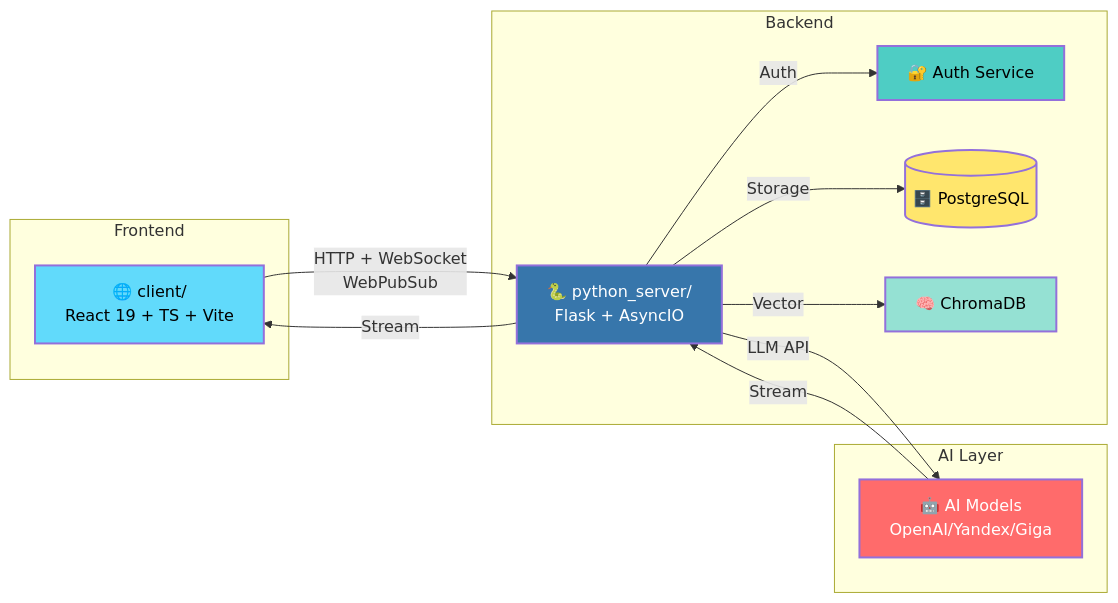
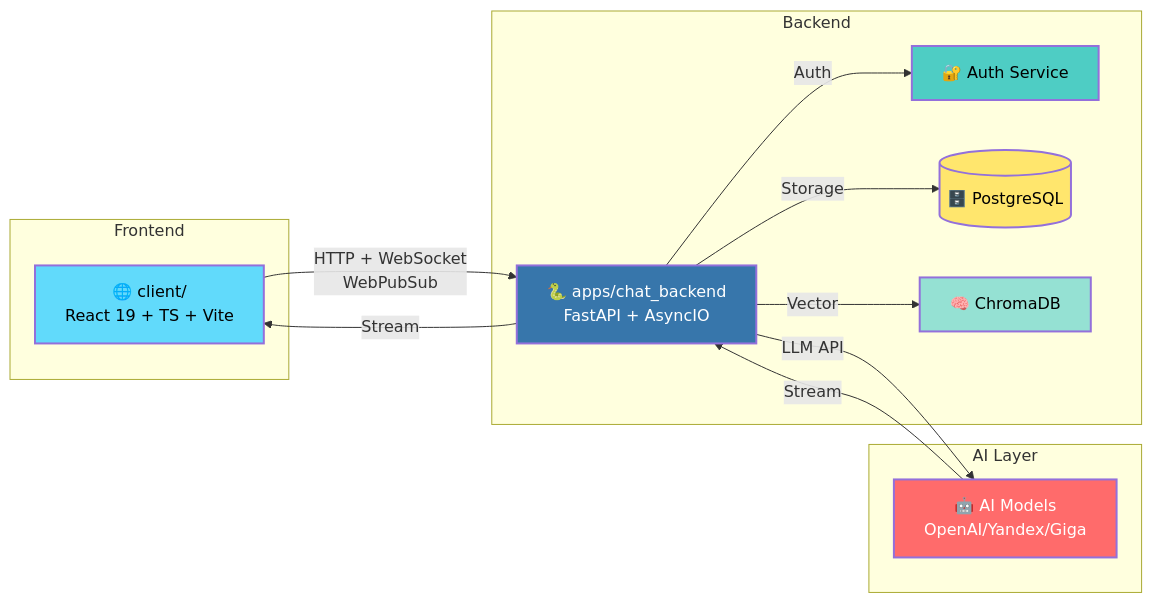
The diagram in README.md (Control39/portfolio-system-architect), drawn with Mermaid before and after one commit. The commit also changed other lines of this file and 52 other files, not shown here.

First line of the commit message:
refactor: переместить python_server в apps/chat_backend (ADR-015)

````diff
--- a/README.md
+++ b/README.md
@@ -128,32 +128,32 @@
 ```mermaid
 graph LR
   subgraph Frontend
     A[🌐 client/ <br/>React 19 + TS + Vite]
   end
 
   subgraph Backend
-    B[🐍 python_server/ <br/>Flask + AsyncIO]
+    B[🐍 apps/chat_backend <br/>FastAPI + AsyncIO]
     D[🔐 Auth Service]
     E[(🗄️ PostgreSQL)]
     F[🧠 ChromaDB]
   end
 
   subgraph AI Layer
     C[🤖 AI Models <br/>OpenAI/Yandex/Giga]
   end
 
   A -->|HTTP + WebSocket<br/>WebPubSub| B
   B -->|Auth| D
   B -->|Storage| E
   B -->|Vector| F
   B -->|LLM API| C
   C -->|Stream| B
   B -->|Stream| A
 
   style A fill:#61dafb,stroke:#33,stroke-width:2px,color:#000
   style B fill:#3776ab,stroke:#33,stroke-width:2px,color:#fff
   style C fill:#ff6b6b,stroke:#33,stroke-width:2px,color:#fff
   style D fill:#4ecdc4,stroke:#33,stroke-width:2px,color:#000
   style E fill:#ffe66d,stroke:#33,stroke-width:2px,color:#000
   style F fill:#95e1d3,stroke:#33,stroke-width:2px,color:#000
 ```
````
